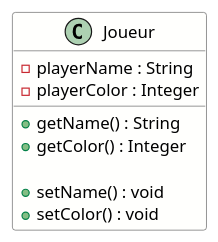
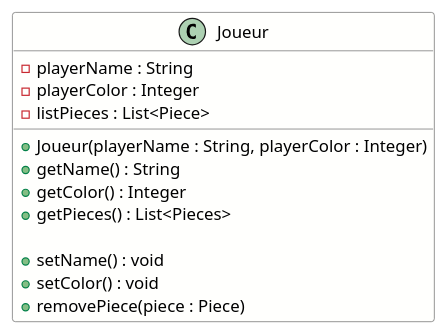
The diagram in uml/Joueur.puml (Lienub/ChessGame), drawn with PlantUML before and after one commit. The commit also changed 8 other files, not shown here.

```diff
--- a/uml/Joueur.puml
+++ b/uml/Joueur.puml
@@ -1,17 +1,21 @@
 @startuml
 skinparam classBorderColor #4F4F4F
 skinparam classBackgroundColor #FFFFFD
 
 class Joueur {
     - playerName : String
     - playerColor : Integer
+    - listPieces : List<Piece>
 
+    + Joueur(playerName : String, playerColor : Integer)
     + getName() : String
     + getColor() : Integer
+    + getPieces() : List<Pieces>
     
     + setName() : void
     + setColor() : void
+    + removePiece(piece : Piece)
     
 }
 
 @enduml
```
